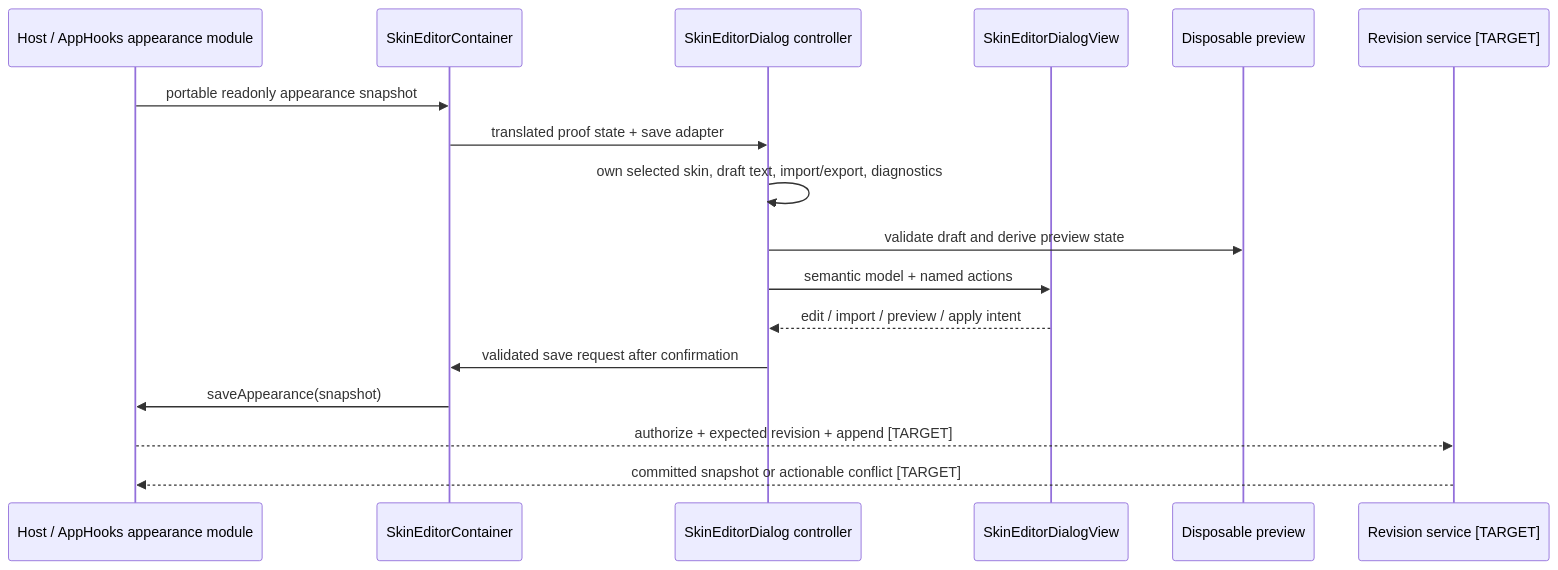
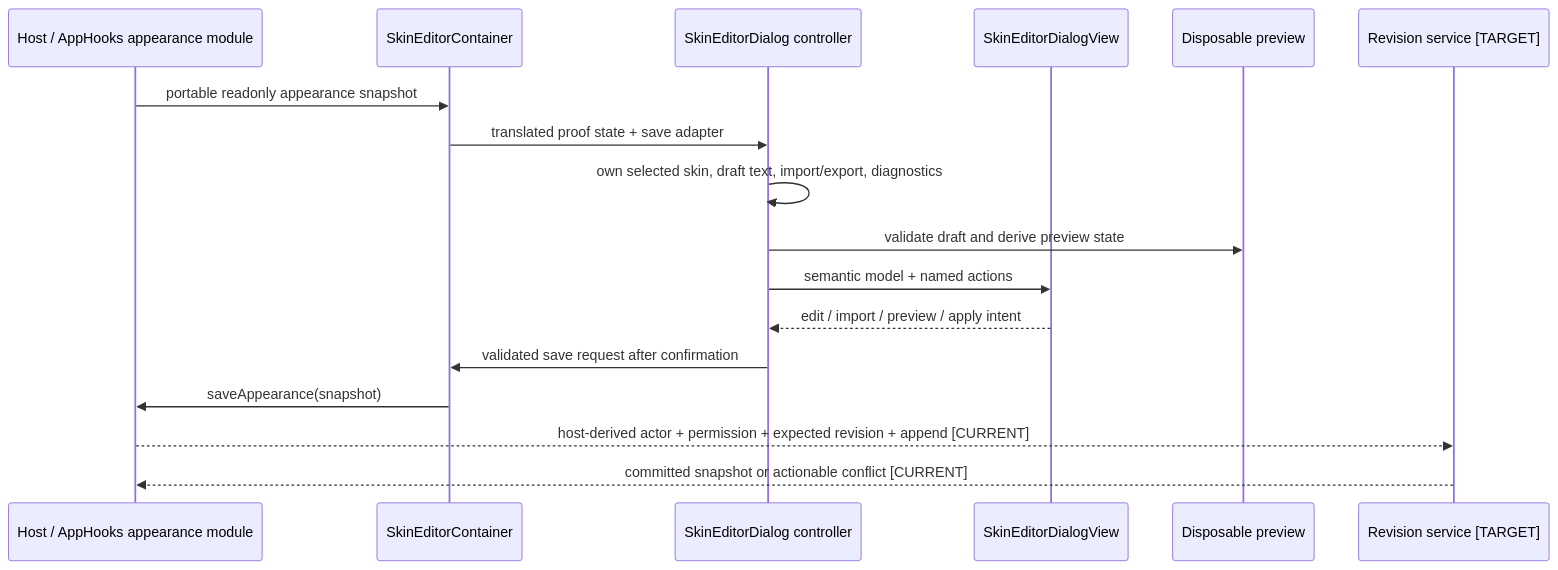
The fourth of 5 diagrams in docs/myne-architecture.md (vibe-dashboard/vibe-dashboard), drawn with Mermaid before and after one commit. The commit also changed other lines of this file and 30 other files, not shown here.

````diff
--- a/docs/myne-architecture.md
+++ b/docs/myne-architecture.md
@@ -230,20 +231,20 @@
 ```mermaid
 sequenceDiagram
   participant H as Host / AppHooks appearance module
   participant C as SkinEditorContainer
   participant E as SkinEditorDialog controller
   participant V as SkinEditorDialogView
   participant P as Disposable preview
   participant R as Revision service [TARGET]
 
   H->>C: portable readonly appearance snapshot
   C->>E: translated proof state + save adapter
   E->>E: own selected skin, draft text, import/export, diagnostics
   E->>P: validate draft and derive preview state
   E->>V: semantic model + named actions
   V-->>E: edit / import / preview / apply intent
   E->>C: validated save request after confirmation
   C->>H: saveAppearance(snapshot)
-  H-->>R: authorize + expected revision + append [TARGET]
-  R-->>H: committed snapshot or actionable conflict [TARGET]
+  H-->>R: host-derived actor + permission + expected revision + append [CURRENT]
+  R-->>H: committed snapshot or actionable conflict [CURRENT]
 ```
````
